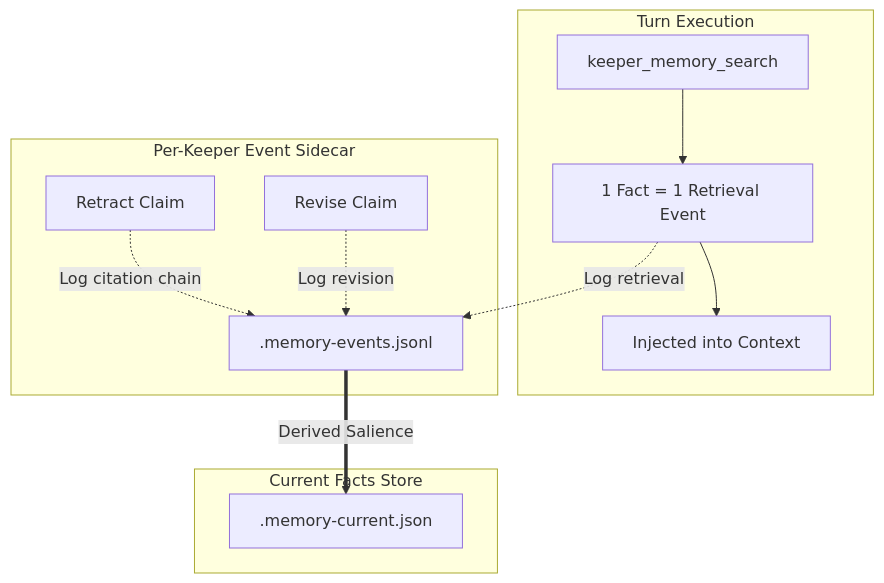
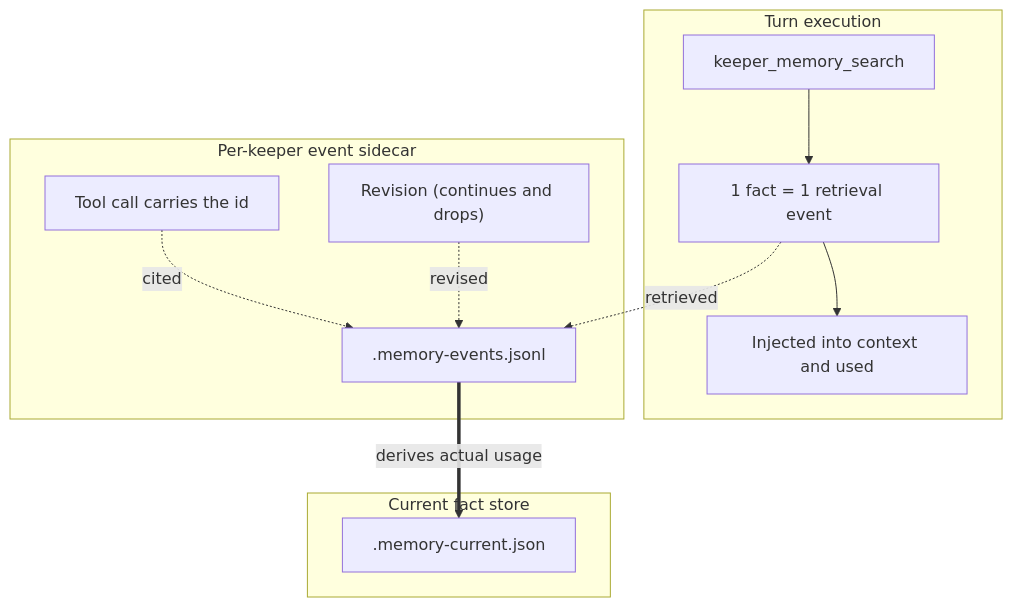
Before and after one commit to jeong-sik/masc: the diagram in docs-site/src/content/docs/architecture/memory-os.md, drawn with Mermaid. The commit also changed other lines of this file and 17 other files, not shown here.

First line of the commit message:
docs(site): correct the architecture pages against the constitution and live code (#33365)

````diff
--- a/docs-site/src/content/docs/architecture/memory-os.md
+++ b/docs-site/src/content/docs/architecture/memory-os.md
@@ -55,17 +29,17 @@
 ```mermaid
 flowchart TD
-    subgraph Execution ["Turn Execution"]
-        Q["keeper_memory_search"] --> RET["1 Fact = 1 Retrieval Event"]
-        RET --> USE["Injected into Context"]
+    subgraph Execution ["Turn execution"]
+        Q["keeper_memory_search"] --> RET["1 fact = 1 retrieval event"]
+        RET --> USE["Injected into context and used"]
     end
 
-    subgraph Sidecar ["Per-Keeper Event Sidecar"]
-        RET -.->|"Log retrieval"| EV["<keeper>.memory-events.jsonl"]
-        REC["Retract Claim"] -.->|"Log citation chain"| EV
-        REV["Revise Claim"] -.->|"Log revision"| EV
+    subgraph Sidecar ["Per-keeper event sidecar"]
+        RET -.->|"retrieved"| EV["<keeper>.memory-events.jsonl"]
+        TOOL["Tool call carries the id"] -.->|"cited"| EV
+        REV["Revision (continues and drops)"] -.->|"revised"| EV
     end
 
-    subgraph Facts ["Current Facts Store"]
-        EV ==>|"Derived Salience"| DB["<keeper>.memory-current.json"]
+    subgraph Facts ["Current fact store"]
+        EV ==>|"derives actual usage"| DB["<keeper>.memory-current.json"]
     end
 ```
````
